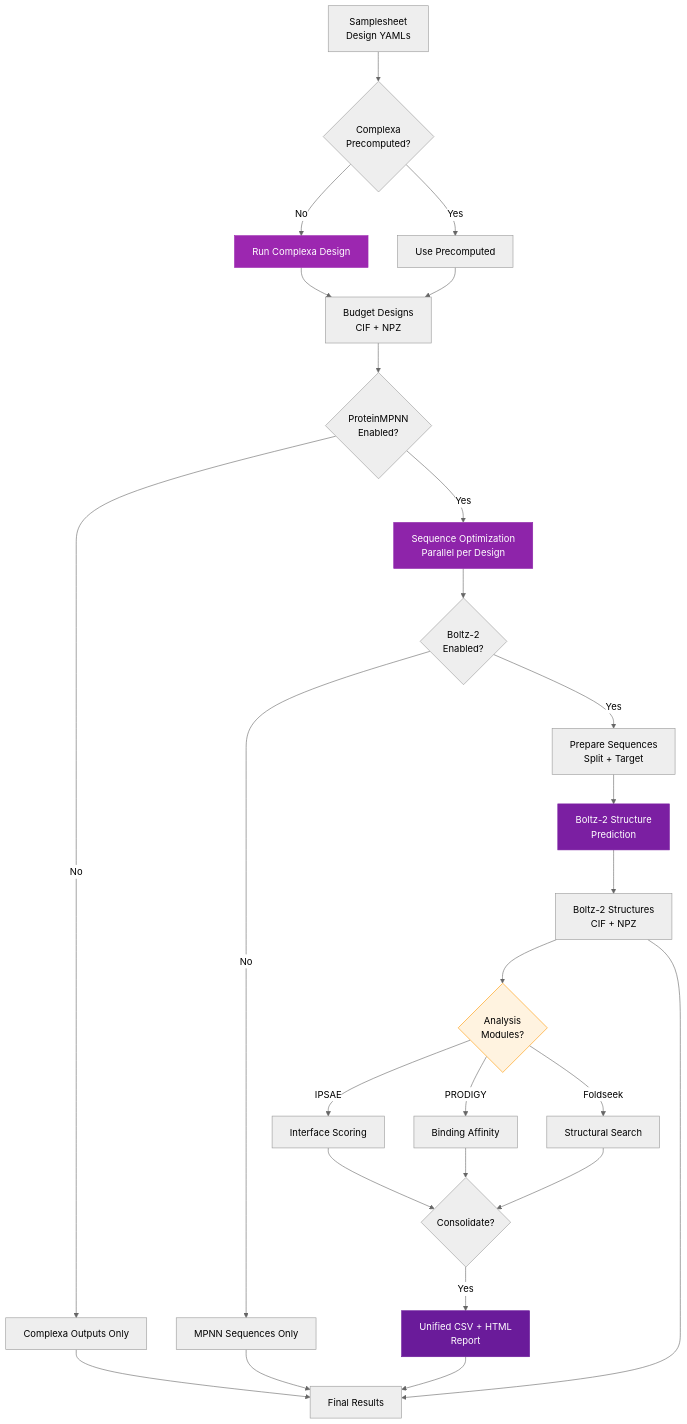
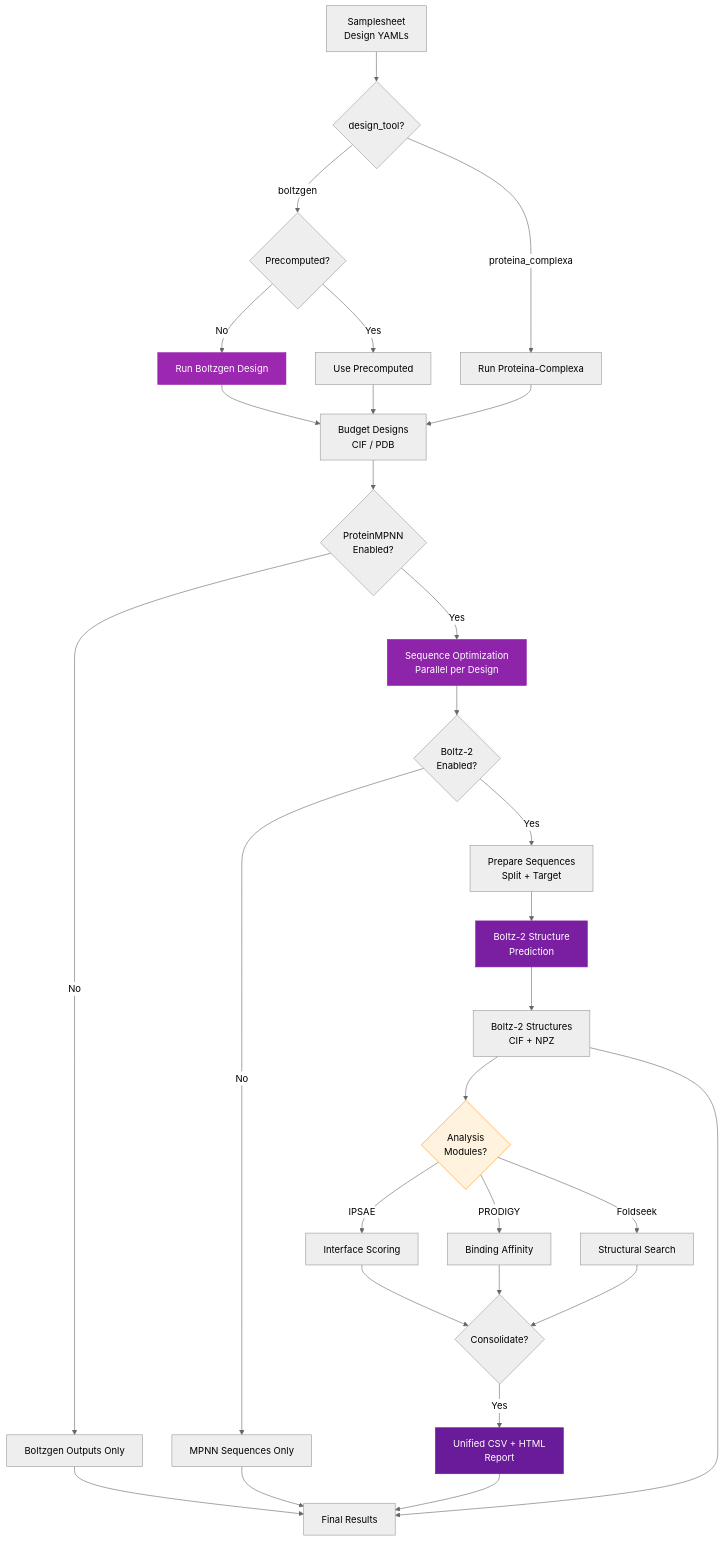
One commit to seqeralabs/nf-proteindesign changed the diagram in docs/index.md. Above: the diagram before and after it, drawn with Mermaid (neutral theme). The commit also changed other lines of this file and 5 other files, not shown here.

Commit message:
WIP: in-progress edits on alt-to-boltzgen before switching to feat/proteina-complexa

````diff
--- a/docs/index.md
+++ b/docs/index.md
@@ -71,42 +76,45 @@
 ```mermaid
 graph TB
-    A[Samplesheet<br/>Design YAMLs] --> B{Complexa<br/>Precomputed?}
-    B -->|No| C[Run Complexa Design]
+    A[Samplesheet<br/>Design YAMLs] --> T{design_tool?}
+    T -->|boltzgen| B{Precomputed?}
+    T -->|proteina_complexa| C2[Run Proteina-Complexa]
+    B -->|No| C[Run Boltzgen Design]
     B -->|Yes| D[Use Precomputed]
-    C --> E[Budget Designs<br/>CIF + NPZ]
+    C --> E[Budget Designs<br/>CIF / PDB]
+    C2 --> E
     D --> E
     
     E --> F{ProteinMPNN<br/>Enabled?}
-    F -->|No| Z[Complexa Outputs Only]
+    F -->|No| Z[Boltzgen Outputs Only]
     F -->|Yes| G[Sequence Optimization<br/>Parallel per Design]
     
     G --> H{Boltz-2<br/>Enabled?}
     H -->|No| Y[MPNN Sequences Only]
     H -->|Yes| I[Prepare Sequences<br/>Split + Target]
     
     I --> J[Boltz-2 Structure<br/>Prediction]
     J --> K[Boltz-2 Structures<br/>CIF + NPZ]
     
     K --> L{Analysis<br/>Modules?}
     L -->|IPSAE| M[Interface Scoring]
     L -->|PRODIGY| N[Binding Affinity]
     L -->|Foldseek| O[Structural Search]
     
     M --> P{Consolidate?}
     N --> P
     O --> P
     P -->|Yes| Q[Unified CSV + HTML<br/>Report]
     
     Q --> R[Final Results]
     K --> R
     Z --> R
     Y --> R
     
     style C fill:#9C27B0,stroke:#9C27B0,color:#fff
     style G fill:#8E24AA,stroke:#8E24AA,color:#fff
     style J fill:#7B1FA2,stroke:#7B1FA2,color:#fff
     style Q fill:#6A1B9A,stroke:#6A1B9A,color:#fff
     
     classDef note fill:#FFF3E0,stroke:#FF9800,color:#000
     class L note
 ```
````
